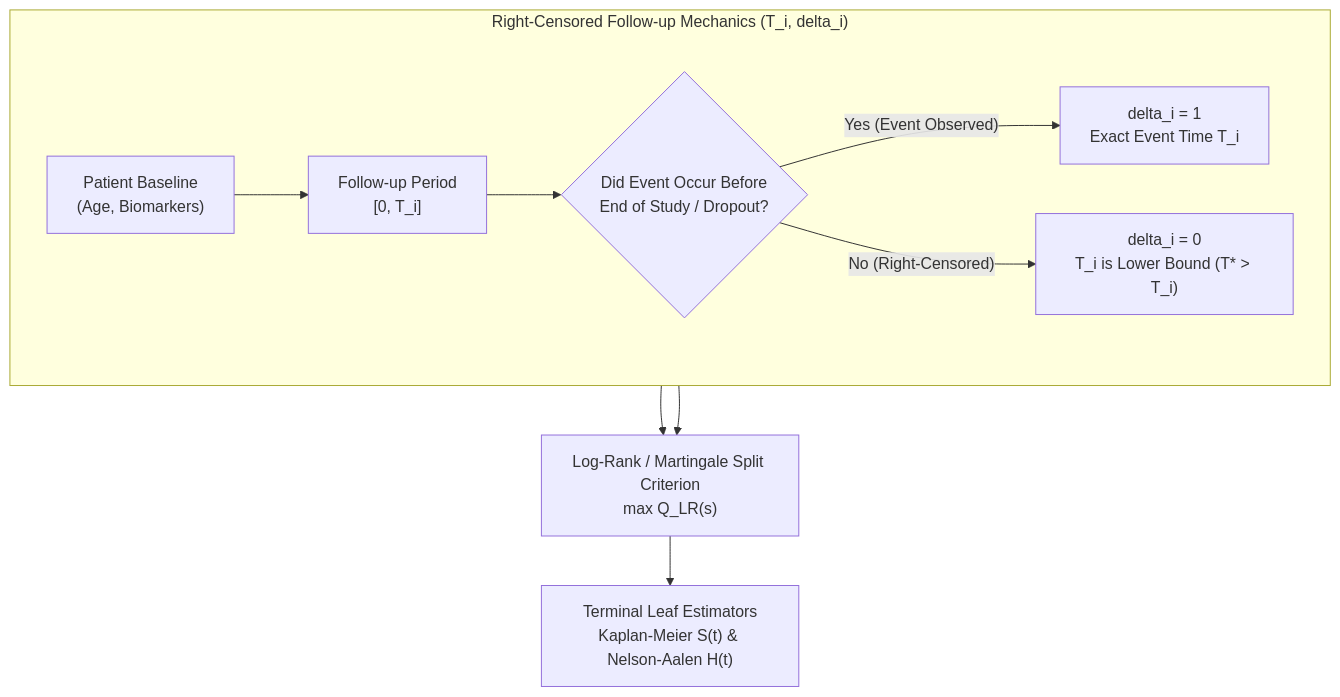
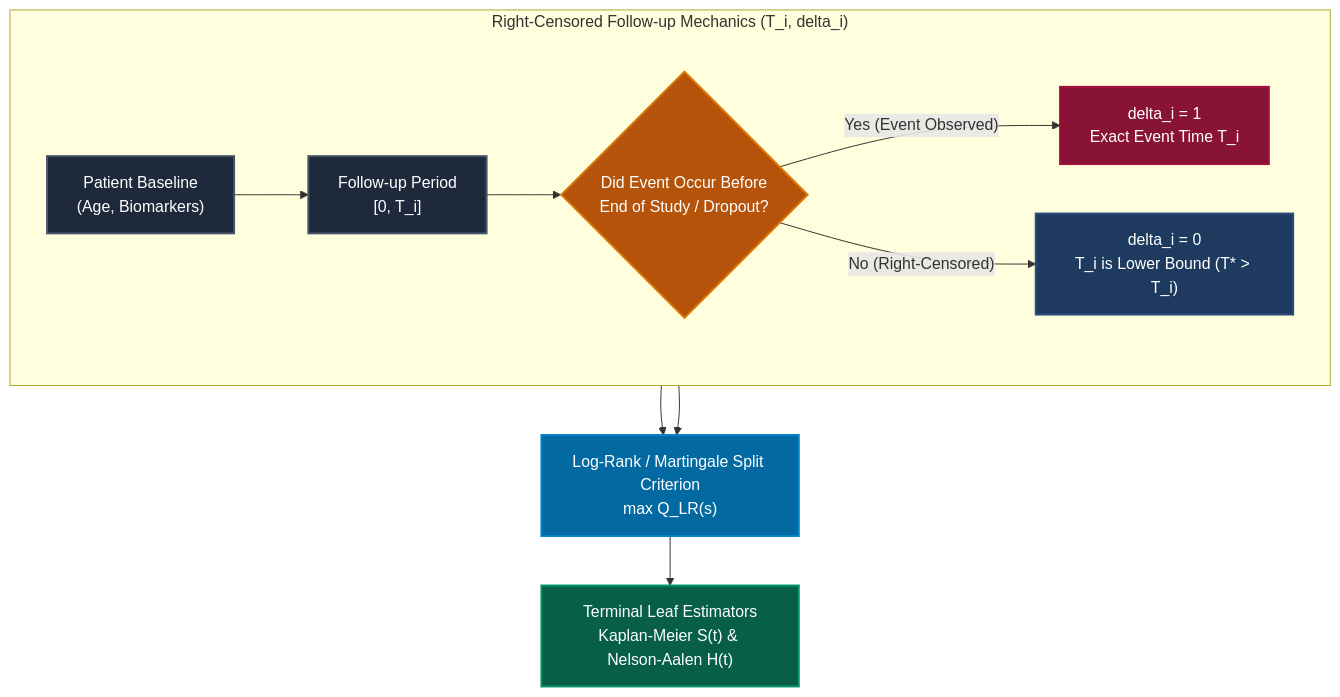
Before and after one commit to jkapila/mltreelib: the diagram in docs/guides/survival.md, drawn with Mermaid. The commit also changed 18 other files, not shown here.

Commit message:
docs: add native ModelTree graph, 5-leaf survival profiles, and color palette across all Mermaid diagrams

````diff
--- a/docs/guides/survival.md
+++ b/docs/guides/survival.md
@@ -19,12 +19,26 @@
 ```mermaid
 flowchart TD
     subgraph TimeToEvent["Right-Censored Follow-up Mechanics (T_i, delta_i)"]
         direction LR
         Patient["Patient Baseline\n(Age, Biomarkers)"] --> FollowUp["Follow-up Period\n[0, T_i]"]
         FollowUp --> Event{"Did Event Occur Before\nEnd of Study / Dropout?"}
         Event -- "Yes (Event Observed)" --> Dead["delta_i = 1\nExact Event Time T_i"]
         Event -- "No (Right-Censored)" --> Censored["delta_i = 0\nT_i is Lower Bound (T* > T_i)"]
     end
     Dead & Censored --> LogRank["Log-Rank / Martingale Split Criterion\nmax Q_LR(s)"]
     LogRank --> KM["Terminal Leaf Estimators\nKaplan-Meier S(t) & Nelson-Aalen H(t)"]
+
+    classDef dataBox fill:#1e293b,stroke:#475569,stroke-width:2px,color:#ffffff;
+    classDef gateBox fill:#b45309,stroke:#d97706,stroke-width:2px,color:#ffffff;
+    classDef deadBox fill:#881337,stroke:#9f1239,stroke-width:2px,color:#ffffff;
+    classDef censBox fill:#1e3a5f,stroke:#2b4c7e,stroke-width:2px,color:#ffffff;
+    classDef splitBox fill:#0369a1,stroke:#0284c7,stroke-width:2px,color:#ffffff;
+    classDef leafBox fill:#065f46,stroke:#059669,stroke-width:2px,color:#ffffff;
+
+    class Patient,FollowUp dataBox;
+    class Event gateBox;
+    class Dead deadBox;
+    class Censored censBox;
+    class LogRank splitBox;
+    class KM leafBox;
 ```
````
